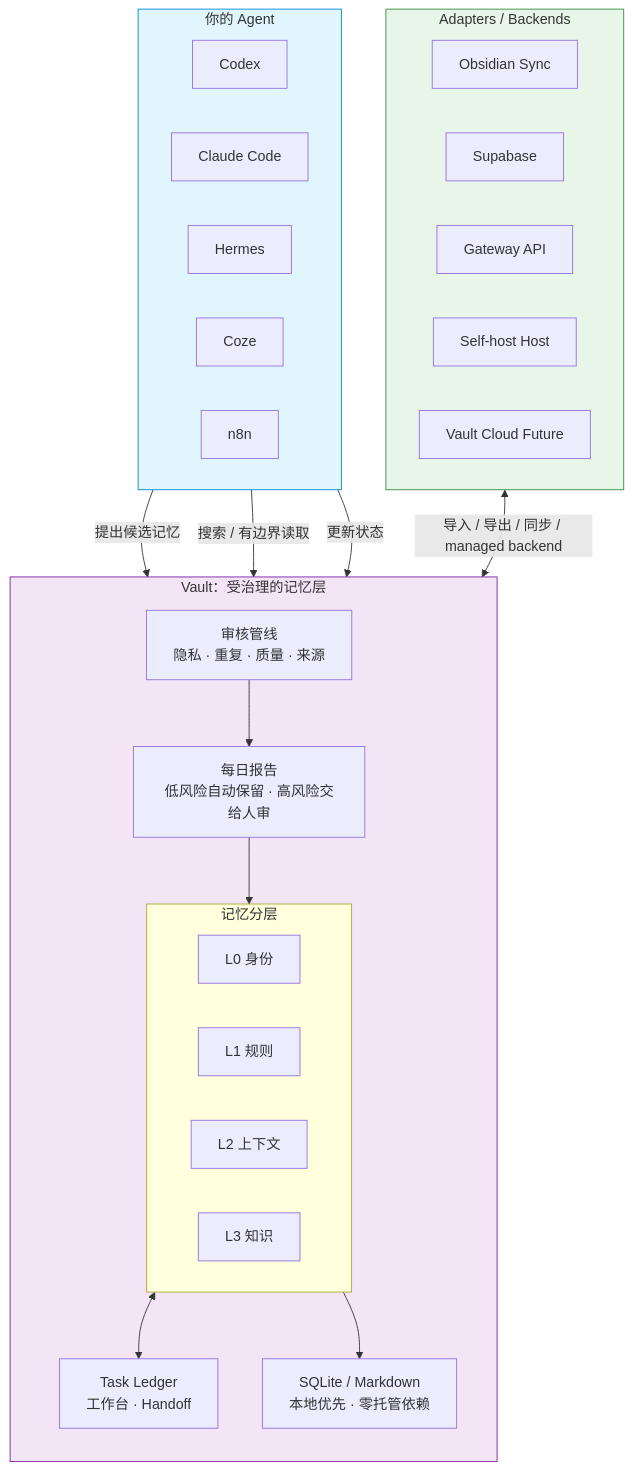
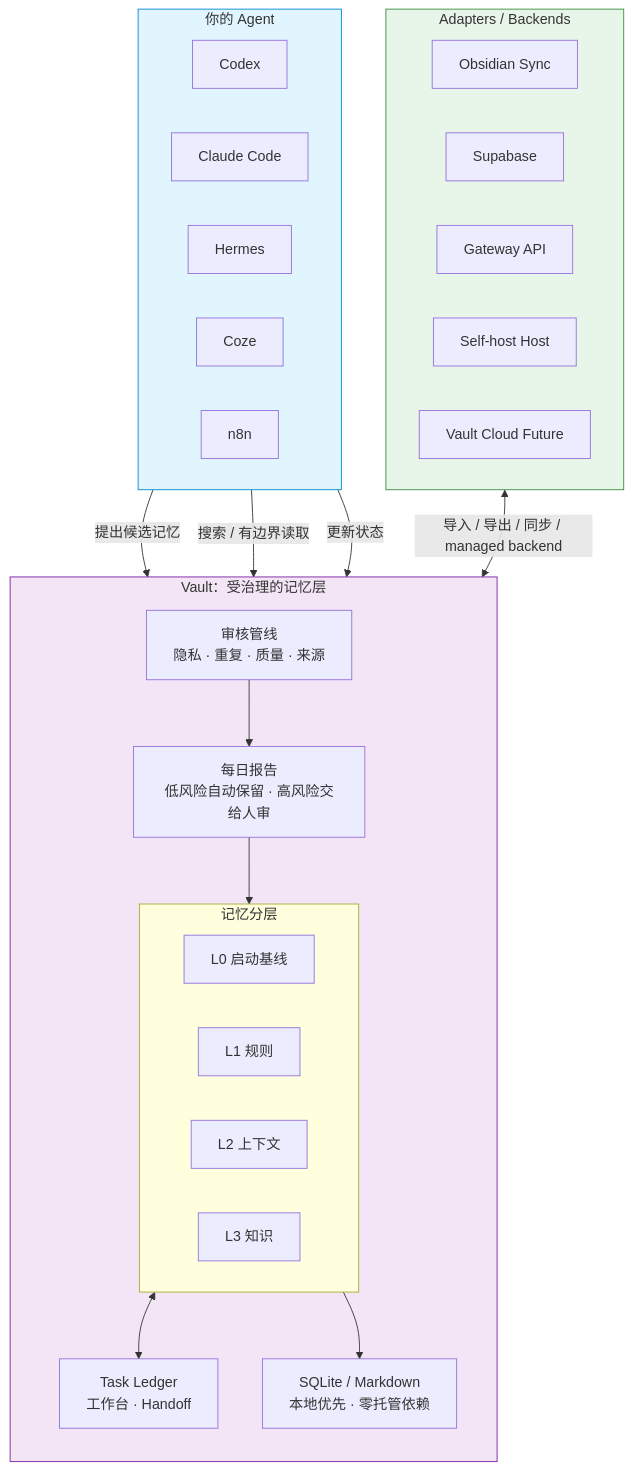
The diagram in README.zh-CN.md (zycaskevin/Vault-Agent-Memory), drawn with Mermaid before and after one commit. The commit also changed other lines of this file and 36 other files, not shown here.

````diff
--- a/README.zh-CN.md
+++ b/README.zh-CN.md
@@ -52,45 +52,45 @@
 ```mermaid
 flowchart TB
     subgraph Agents["你的 Agent"]
         C[Codex]
         CL[Claude Code]
         H[Hermes]
         CO[Coze]
         N[n8n]
     end
 
     subgraph Vault["Vault：受治理的记忆层"]
         direction TB
         Pipeline["审核管线<br/>隐私 · 重复 · 质量 · 来源"]
         Report["每日报告<br/>低风险自动保留 · 高风险交给人审"]
         subgraph Layers["记忆分层"]
-            L0["L0 身份"]
+            L0["L0 启动基线"]
             L1["L1 规则"]
             L2["L2 上下文"]
             L3["L3 知识"]
         end
         Ledger["Task Ledger<br/>工作台 · Handoff"]
         Storage["SQLite / Markdown<br/>本地优先 · 零托管依赖"]
     end
 
     subgraph Integrations["Adapters / Backends"]
         Obs[Obsidian Sync]
         Sup[Supabase]
         GW[Gateway API]
         SH[Self-host Host]
         VC[Vault Cloud Future]
     end
 
     Agents -->|提出候选记忆| Pipeline
     Agents -->|搜索 / 有边界读取| Layers
     Agents -->|更新状态| Ledger
     Pipeline --> Report
     Report --> Layers
     Layers <--> Ledger
     Layers --> Storage
     Integrations <-->|导入 / 导出 / 同步 / managed backend| Vault
 
     style Agents fill:#e1f5fe,stroke:#0288d1
     style Vault fill:#f3e5f5,stroke:#7b1fa2
     style Integrations fill:#e8f5e9,stroke:#388e3c
 ```
````
